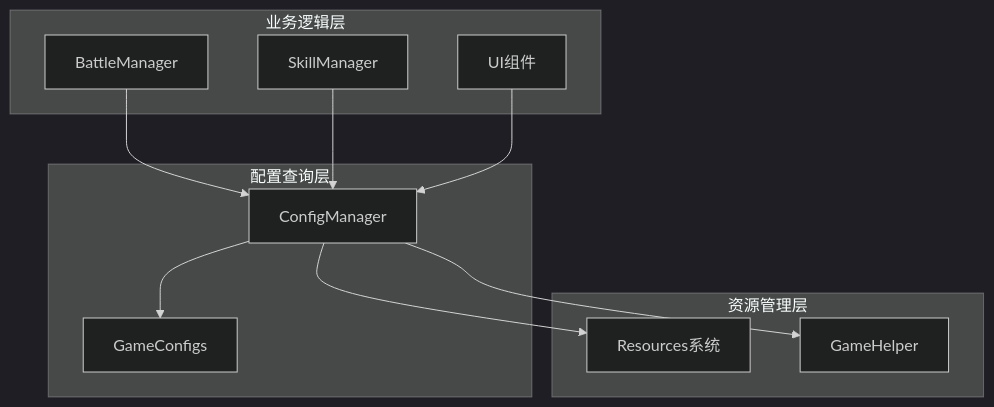
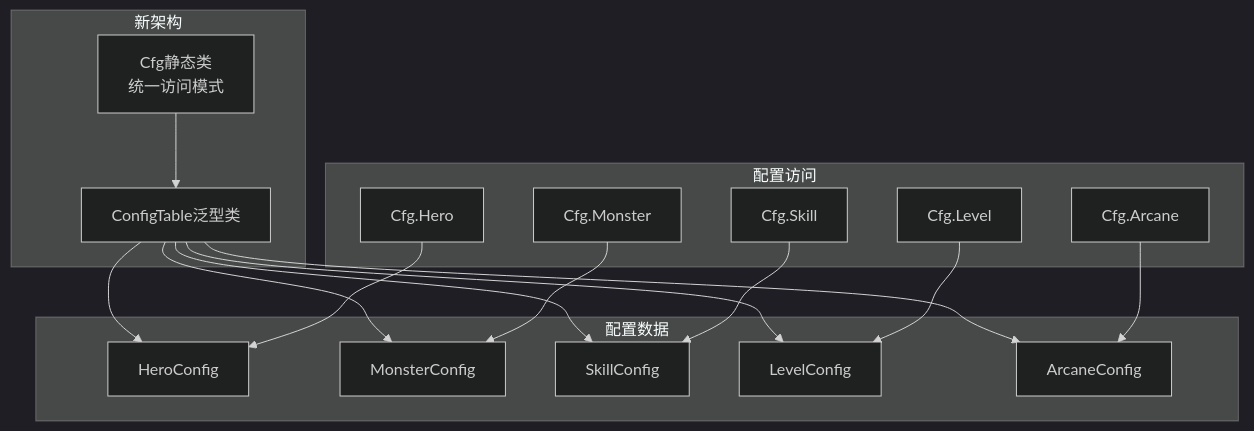
The second of 2 diagrams in .qoder/repowiki/zh/content/配置管理系统/配置查询接口.md (Tuusen/p1_client), drawn with Mermaid (dark theme) before and after one commit. The commit also changed other lines of this file and 85 other files, not shown here.

````diff
--- a/.qoder/repowiki/zh/content/配置管理系统/配置查询接口.md
+++ b/.qoder/repowiki/zh/content/配置管理系统/配置查询接口.md
@@ -267,22 +75,32 @@
 ```mermaid
 graph TB
-subgraph "配置查询层"
-CM[ConfigManager]
-GC[GameConfigs]
+subgraph "新架构"
+Cfg[Cfg静态类<br/>统一访问模式]
+CT[ConfigTable泛型类]
 end
-subgraph "业务逻辑层"
-BM[BattleManager]
-SM[SkillManager]
-UI[UI组件]
+subgraph "配置访问"
+GH[Cfg.Hero]
+GM[Cfg.Monster]
+GS[Cfg.Skill]
+GC[Cfg.Level]
+GA[Cfg.Arcane]
 end
-subgraph "资源管理层"
-RH[Resources系统]
-GH[GameHelper]
+subgraph "配置数据"
+HC[HeroConfig]
+MC[MonsterConfig]
+SC[SkillConfig]
+LC[LevelConfig]
+AC[ArcaneConfig]
 end
-CM --> GC
-BM --> CM
-SM --> CM
-UI --> CM
-CM --> RH
-CM --> GH
+Cfg --> CT
+CT --> HC
+CT --> MC
+CT --> SC
+CT --> LC
+CT --> AC
+GH --> HC
+GM --> MC
+GS --> SC
+GC --> LC
+GA --> AC
 ```
````
